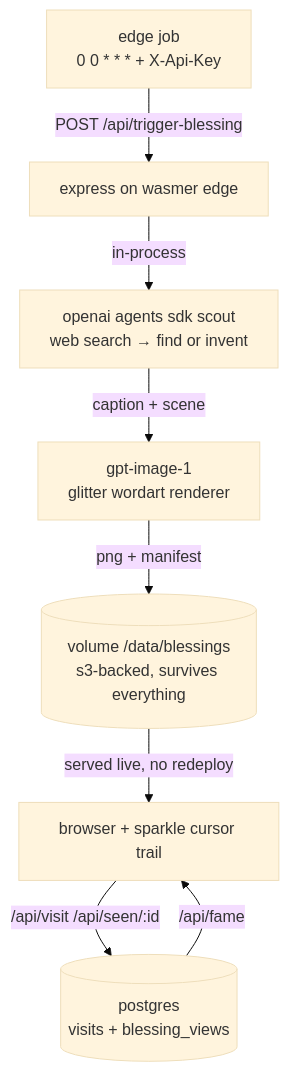
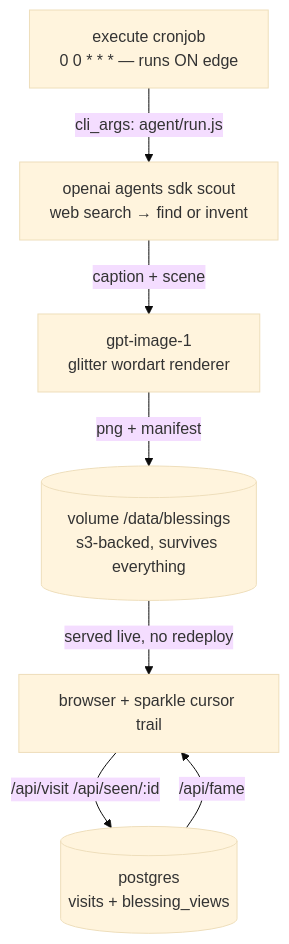
The diagram in README.md (baalimago/motivation-machine), drawn with Mermaid (base theme) before and after one commit. The commit also changed other lines of this file and 6 other files, not shown here.

````diff
--- a/README.md
+++ b/README.md
@@ -78,10 +78,9 @@
 ```mermaid
 flowchart TD
-    CRON[edge job<br>0 0 * * * + X-Api-Key] -->|POST /api/trigger-blessing| SRV[express on wasmer edge]
-    SRV -->|in-process| AGENT[openai agents sdk scout<br>web search → find or invent]
+    CRON[execute cronjob<br>0 0 * * * — runs ON edge] -->|cli_args: agent/run.js| AGENT[openai agents sdk scout<br>web search → find or invent]
     AGENT -->|caption + scene| IMG[gpt-image-1<br>glitter wordart renderer]
     IMG -->|png + manifest| VOL[(volume /data/blessings<br>s3-backed, survives everything)]
     VOL -->|served live, no redeploy| WEB[browser + sparkle cursor trail]
     WEB -->|/api/visit /api/seen/:id| PG[(postgres<br>visits + blessing_views)]
     PG -->|/api/fame| WEB
 ```
````
